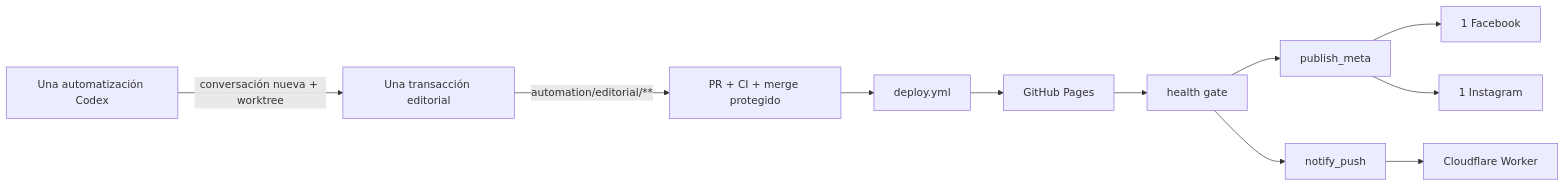
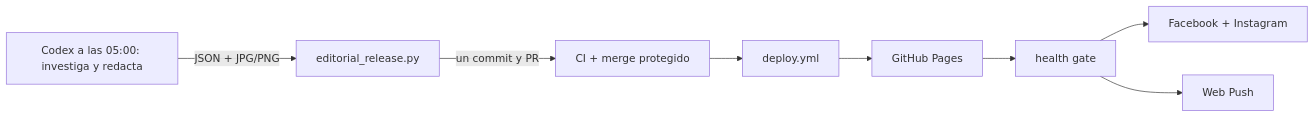
Before and after one commit to RealLotex/mragentes-site: the diagram in ARCHITECTURE.md, drawn with Mermaid. The commit also changed other lines of this file and 20 other files, not shown here.

Commit message:
fix(editorial): publish verified daily news through one command (#82)

````diff
--- a/ARCHITECTURE.md
+++ b/ARCHITECTURE.md
@@ -21,13 +11,10 @@
 ```mermaid
 flowchart LR
-    A[Una automatización Codex] -->|conversación nueva + worktree| E[Una transacción editorial]
-    E -->|automation/editorial/**| P[PR + CI + merge protegido]
-    P --> D[deploy.yml]
-    D --> W[GitHub Pages]
-    W --> H[health gate]
-    H --> M[publish_meta]
-    H --> N[notify_push]
-    M --> F[1 Facebook]
-    M --> I[1 Instagram]
-    N --> C[Cloudflare Worker]
+    A[Codex a las 05:00: investiga y redacta] -->|JSON + JPG/PNG| B[editorial_release.py]
+    B -->|un commit y PR| C[CI + merge protegido]
+    C --> D[deploy.yml]
+    D --> E[GitHub Pages]
+    E --> F[health gate]
+    F --> G[Facebook + Instagram]
+    F --> H[Web Push]
 ```
````
